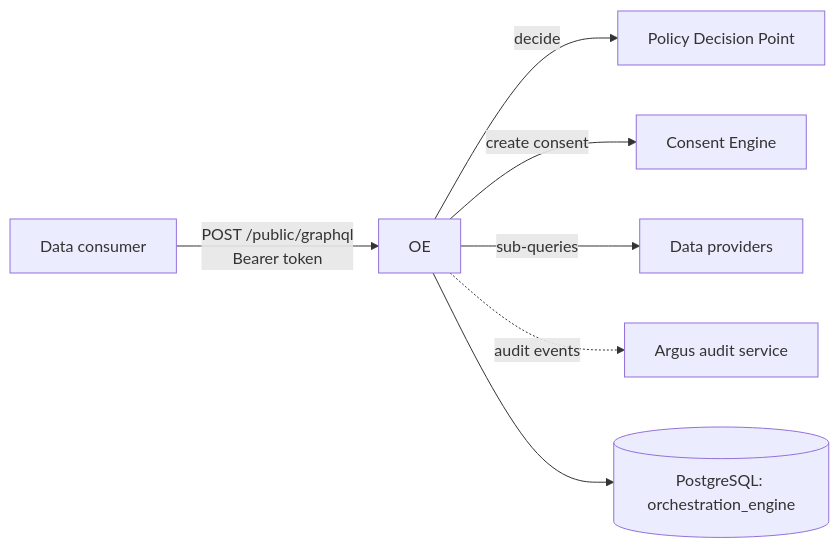
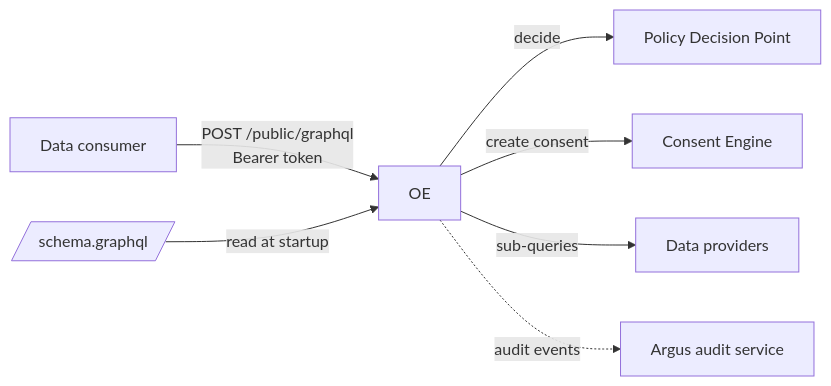
The first of 2 diagrams in cmd/oe/README.md (mushrafmim/openndx), drawn with Mermaid before and after one commit. The commit also changed other lines of this file and 29 other files, not shown here.

First line of the commit message:
refactor(oe)!: load the consumer schema from a file and remove the schema management API (#666)

````diff
--- a/cmd/oe/README.md
+++ b/cmd/oe/README.md
@@ -7,9 +7,9 @@
 ```mermaid
 flowchart LR
     C[Data consumer] -->|"POST /public/graphql<br/>Bearer token"| OE
     OE -->|decide| PDP[Policy Decision Point]
     OE -->|create consent| CE[Consent Engine]
     OE -->|sub-queries| P[Data providers]
     OE -.->|audit events| A[Argus audit service]
-    OE --> DB[(PostgreSQL: orchestration_engine)]
+    S[/schema.graphql/] -->|read at startup| OE
 ```
````
